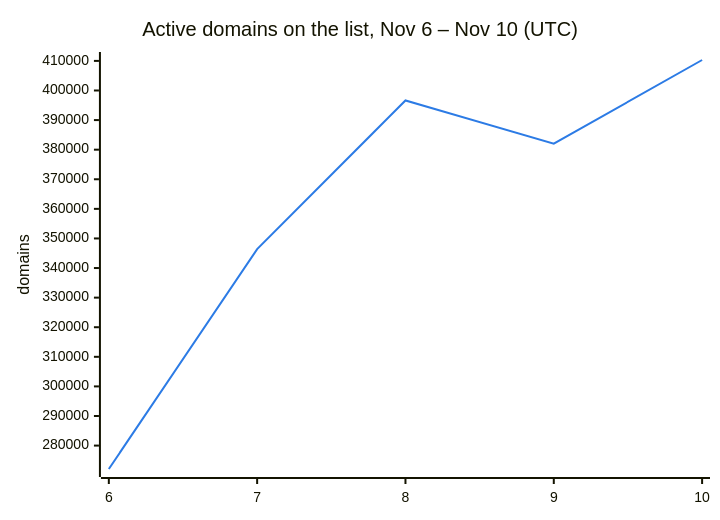
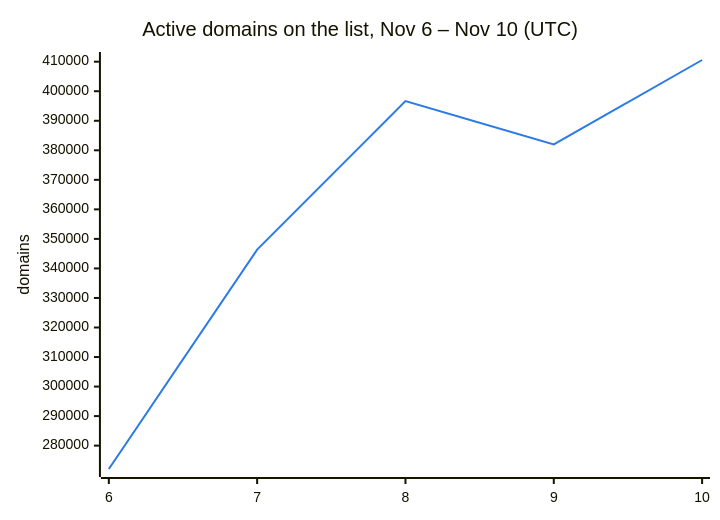
One commit to DNSBunker/CTI changed the second of 3 diagrams in README.md. Above: the diagram before and after it, drawn with Mermaid. The commit also changed other lines of this file and 3 other files, not shown here.

````diff
--- a/README.md
+++ b/README.md
@@ -38,8 +38,8 @@
 ```mermaid
 %%{init: {"themeVariables": {"xyChart": {"plotColorPalette": "#2c7be5"}}}}%%
 xychart-beta
     title "Active domains on the list, Nov 6 – Nov 10 (UTC)"
     x-axis ["6", "7", "8", "9", "10"]
     y-axis "domains"
-    line [272088, 346388, 396638, 382009, 410304]
+    line [272088, 346388, 396638, 382009, 410574]
 ```
````
